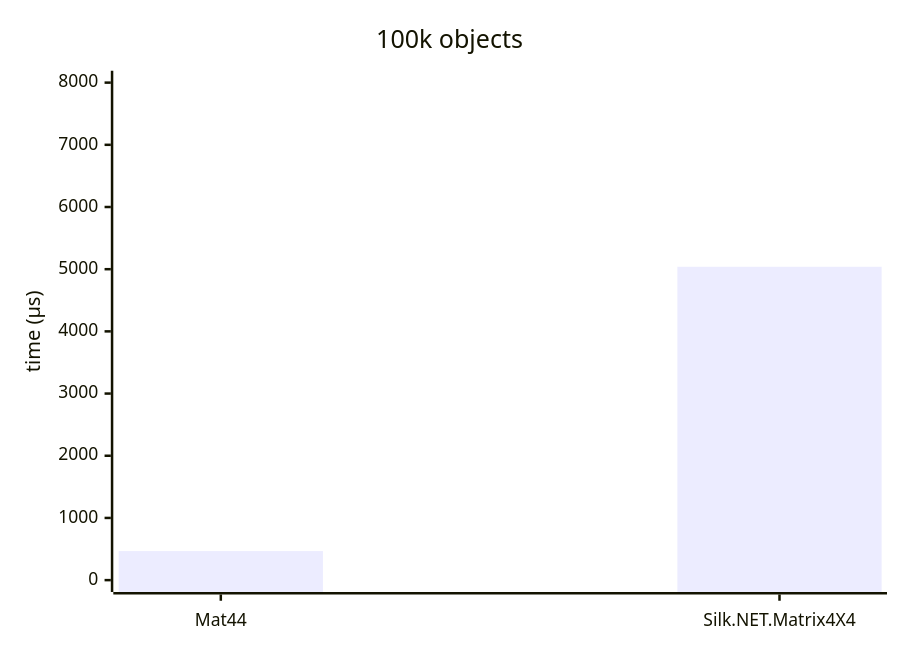
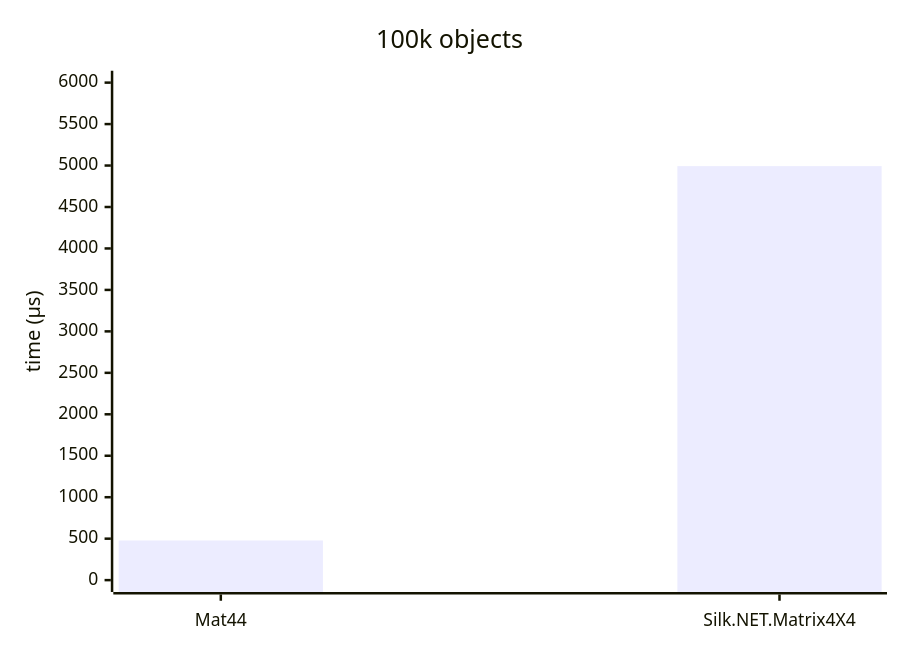
Before and after one commit to malstraem/generic-simd-numerics: the third of 3 diagrams in reports/mat44-f64-affine.md, drawn with Mermaid. The commit also changed other lines of this file and 90 other files, not shown here.

````diff
--- a/reports/mat44-f64-affine.md
+++ b/reports/mat44-f64-affine.md
@@ -1055,7 +1052,7 @@
 ```mermaid
 xychart
     title "100k objects"
     x-axis [Mat44, Silk.NET.Matrix4X4]
-    y-axis "time (μs)" 0 --> 8000
-    bar [467, 5039]
+    y-axis "time (μs)" 0 --> 6000
+    bar [478, 4993]
 ```
````
